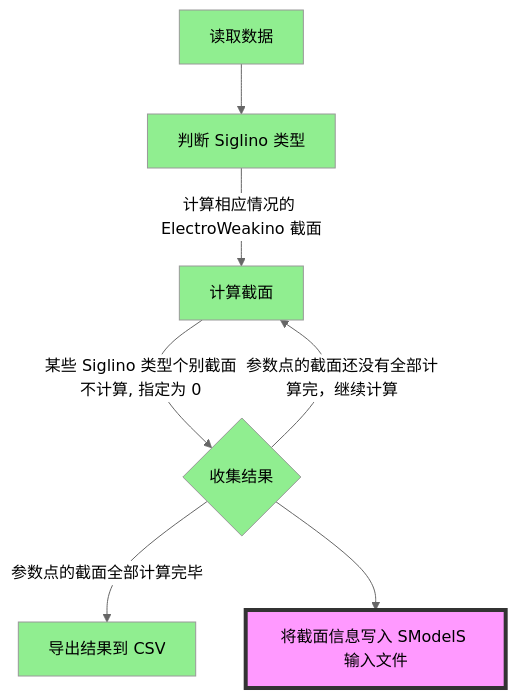
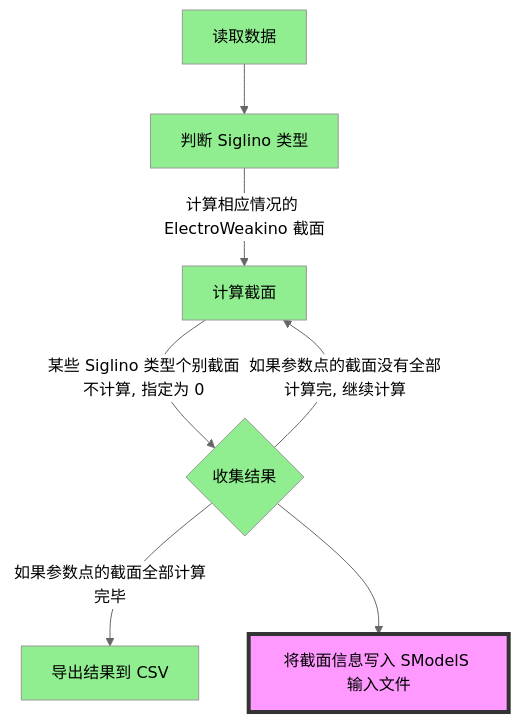
One commit to vooum/SUSYphe changed the third of 7 diagrams in README.md. Above: the diagram before and after it, drawn with Mermaid (neutral theme).

Commit message:
修改错误

````diff
--- a/README.md
+++ b/README.md
@@ -35,15 +35,15 @@
 ```mermaid
 graph TB
     A[读取数据] --> B[判断 Siglino 类型];
     B -->|计算相应情况的 ElectroWeakino 截面| C[计算截面];
     C -->|某些 Siglino 类型个别截面不计算, 指定为 0| D{收集结果};
-    D -->|参数点的截面还没有全部计算完，继续计算| C;
-    D -->|参数点的截面全部计算完毕| E[导出结果到 CSV];
+    D -->|如果参数点的截面没有全部计算完, 继续计算| C;
+    D -->|如果参数点的截面全部计算完毕| E[导出结果到 CSV];
     D --> F[将截面信息写入 SModelS 输入文件];
     style A fill:#90EE90;
     style B fill:#90EE90;
     style C fill:#90EE90;
     style D fill:#90EE90;
     style E fill:#90EE90;
     style F fill:#f9f,stroke:#333,stroke-width:4px;
 ```
````
